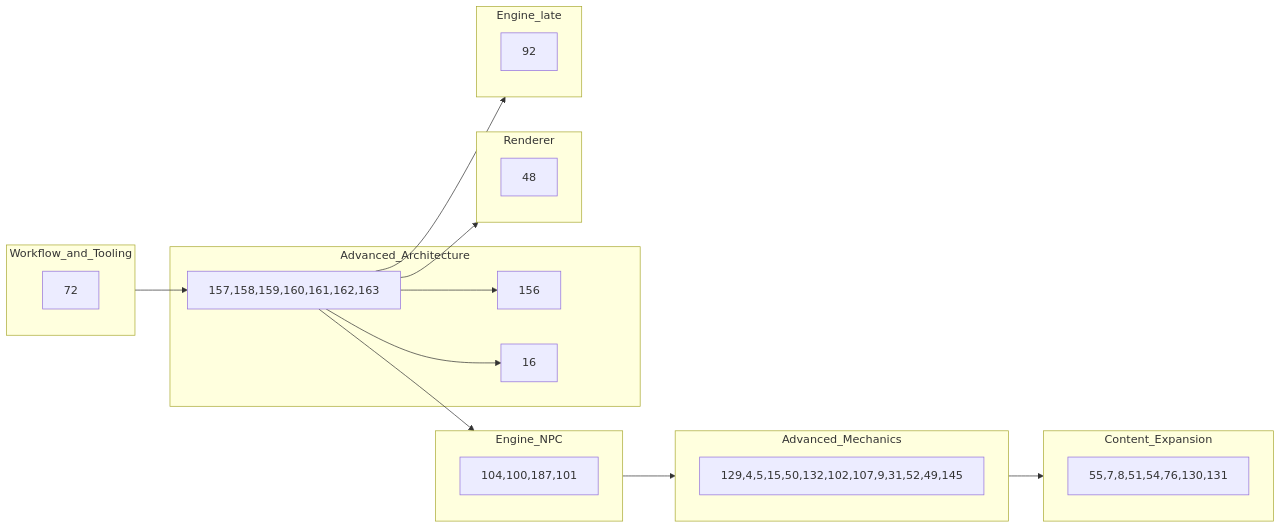
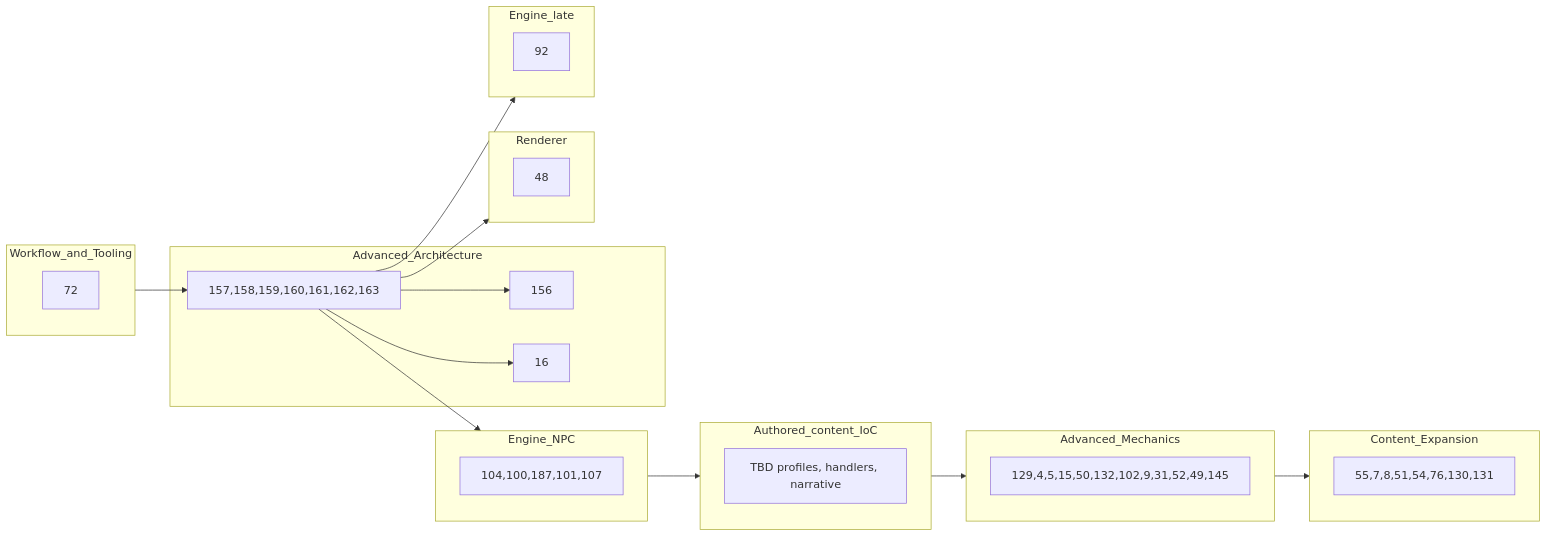
Before and after one commit to ianmays/dosmud: the diagram in DEV_PLAN.md, drawn with Mermaid. The commit also changed other lines of this file, not shown here.

First line of the commit message:
propose authored content and engine ioc milestone (#193)

````diff
--- a/DEV_PLAN.md
+++ b/DEV_PLAN.md
@@ -44,34 +44,38 @@
 ```mermaid
 flowchart LR
   subgraph m4 [Workflow_and_Tooling]
     M4["72"]
   end
   subgraph m5 [Advanced_Architecture]
     M5chain["157,158,159,160,161,162,163"]
     M5adj["156"]
     M5late["16"]
   end
   subgraph m9a [Engine_NPC]
-    M9a["104,100,187,101"]
+    M9a["104,100,187,101,107"]
+  end
+  subgraph m10 [Authored_content_IoC]
+    M10["TBD profiles, handlers, narrative"]
   end
   subgraph m8 [Advanced_Mechanics]
-    M8["129,4,5,15,50,132,102,107,9,31,52,49,145"]
+    M8["129,4,5,15,50,132,102,9,31,52,49,145"]
   end
   subgraph m6 [Content_Expansion]
     M6["55,7,8,51,54,76,130,131"]
   end
   subgraph m7 [Renderer]
     M7["48"]
   end
   subgraph m9b [Engine_late]
     M9b["92"]
   end
   m4 --> M5chain
   M5chain --> M5adj
   M5chain --> M5late
   M5chain --> m9a
-  m9a --> m8
+  m9a --> m10
+  m10 --> m8
   m8 --> m6
   M5chain --> m7
   M5chain --> m9b
 ```
````
